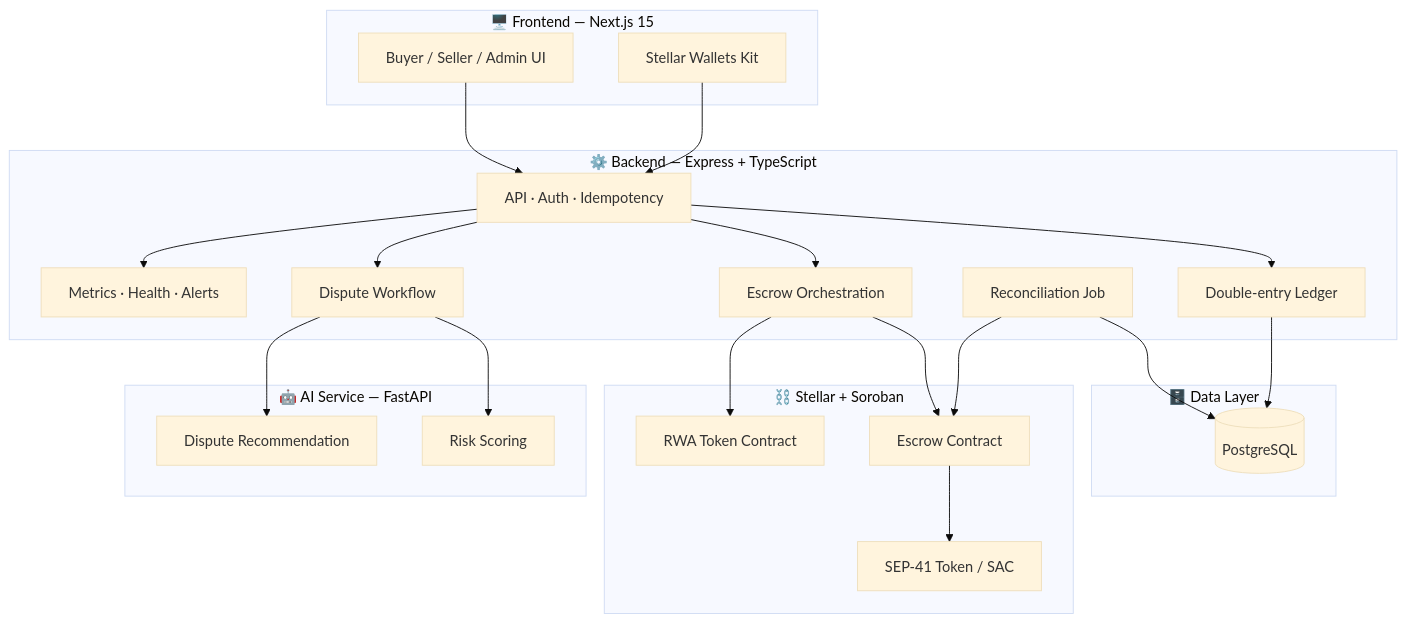
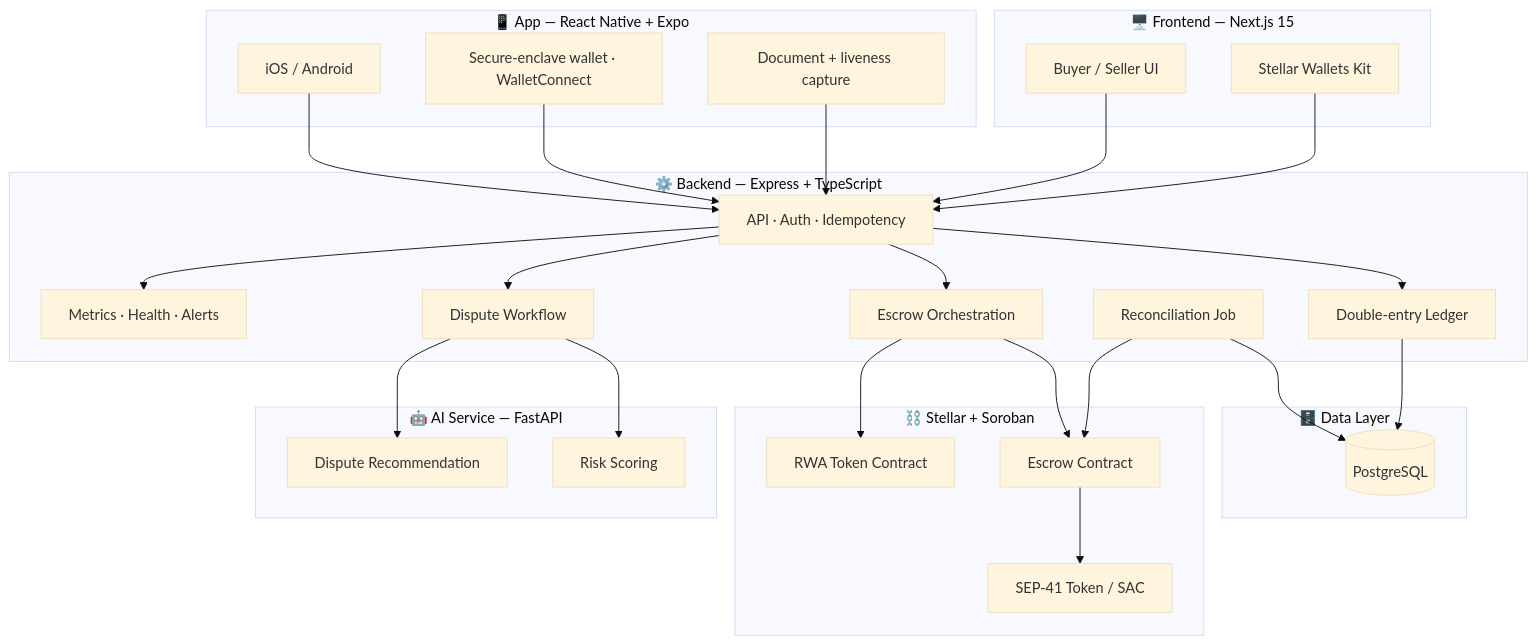
One commit to Soumen1080/StellarTrust changed the first of 4 diagrams in README.md. Above: the diagram before and after it, drawn with Mermaid (base theme). The commit also changed other lines of this file and 92 other files, not shown here.

````diff
--- a/README.md
+++ b/README.md
@@ -468,46 +468,55 @@
 ```mermaid
 flowchart TB
     subgraph Client["🖥️ Frontend — Next.js 15"]
-        A[Buyer / Seller / Admin UI]
+        A[Buyer / Seller UI]
         B[Stellar Wallets Kit]
+    end
+
+    subgraph Mobile["📱 App — React Native + Expo"]
+        N[iOS / Android]
+        O[Secure-enclave wallet · WalletConnect]
+        P[Document + liveness capture]
     end
 
     subgraph Backend["⚙️ Backend — Express + TypeScript"]
         C[API · Auth · Idempotency]
         D[Double-entry Ledger]
         E[Escrow Orchestration]
         F[Dispute Workflow]
         G[Reconciliation Job]
         M2[Metrics · Health · Alerts]
     end
 
     subgraph AI["🤖 AI Service — FastAPI"]
         H[Risk Scoring]
         I[Dispute Recommendation]
     end
 
     subgraph Chain["⛓️ Stellar + Soroban"]
         J[Escrow Contract]
         K[RWA Token Contract]
         L[SEP-41 Token / SAC]
     end
 
     subgraph Data["🗄️ Data Layer"]
         M[(PostgreSQL)]
     end
 
     A --> C
     B --> C
+    N --> C
+    O --> C
+    P --> C
     C --> D
     C --> E
     C --> F
     C --> M2
     F --> H
     F --> I
     E --> J
     E --> K
     J --> L
     D --> M
     G --> M
     G --> J
 ```
````
